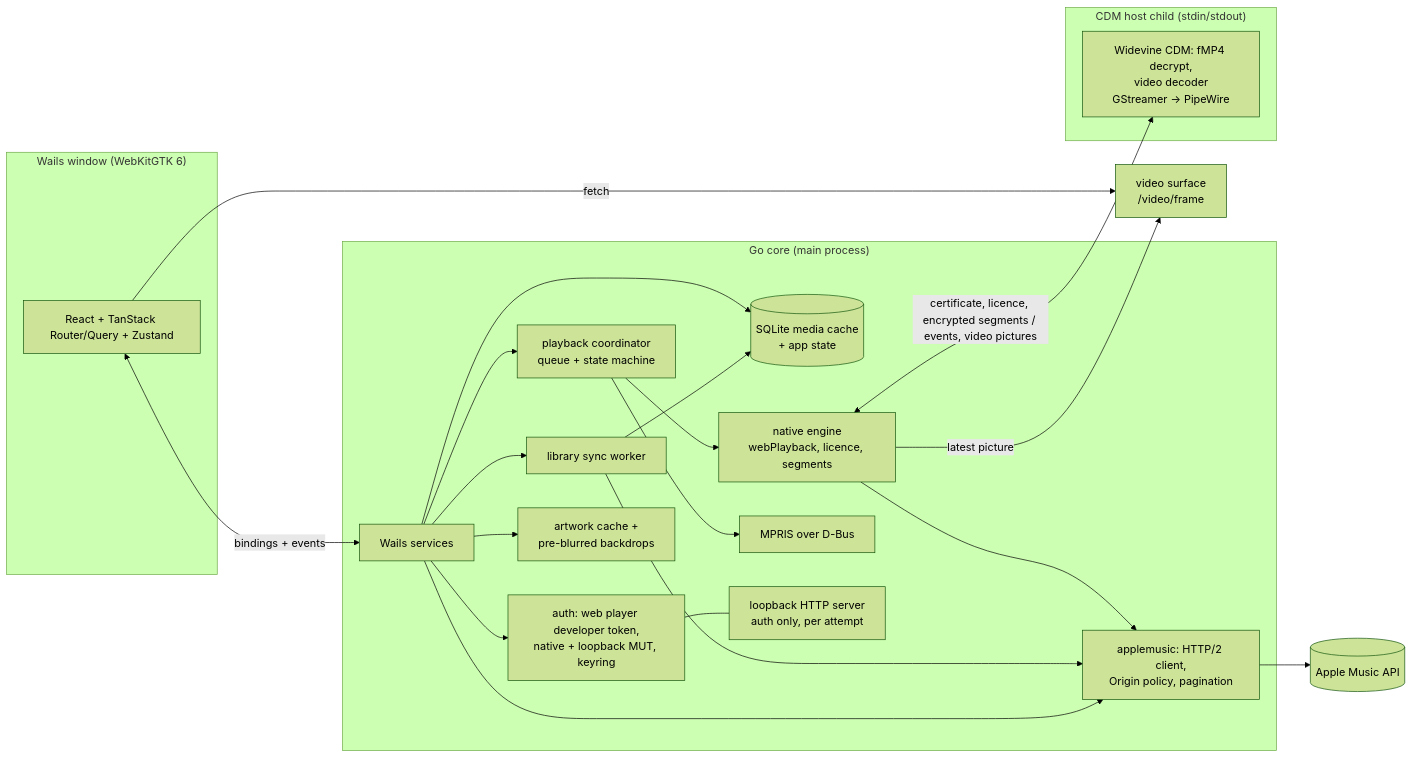
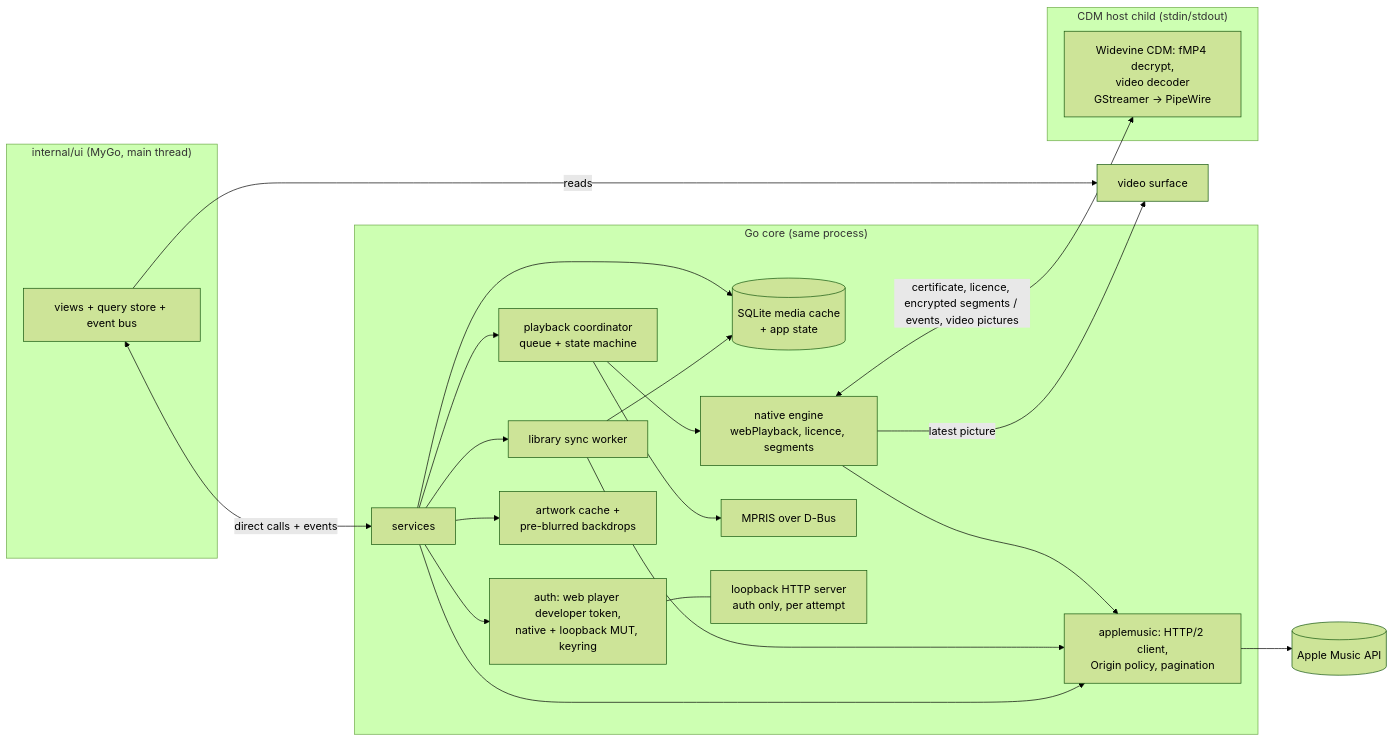
Before and after one commit to coredev-uk/sona-go: the first of 2 diagrams in docs/architecture.md, drawn with Mermaid (forest theme). The commit also changed other lines of this file and 788 other files, not shown here.

First line of the commit message:
refactor!: MyGo native UI replaces Wails and React

````diff
--- a/docs/architecture.md
+++ b/docs/architecture.md
@@ -37,33 +36,33 @@
 ```mermaid
 flowchart LR
-  subgraph UI["Wails window (WebKitGTK 6)"]
-    R[React + TanStack Router/Query + Zustand]
+  subgraph UI["internal/ui (MyGo, main thread)"]
+    R[views + query store + event bus]
   end
-  subgraph Go["Go core (main process)"]
-    S[Wails services]
+  subgraph Go["Go core (same process)"]
+    S[services]
     A[auth: web player developer token,<br/>native + loopback MUT, keyring]
     C[applemusic: HTTP/2 client,<br/>Origin policy, pagination]
     D[(SQLite media cache<br/>+ app state)]
     W[library sync worker]
     P[playback coordinator<br/>queue + state machine]
     N[native engine<br/>webPlayback, licence, segments]
     M[MPRIS over D-Bus]
     I[artwork cache +<br/>pre-blurred backdrops]
     L[loopback HTTP server<br/>auth only, per attempt]
   end
   subgraph E["CDM host child (stdin/stdout)"]
     K[Widevine CDM: fMP4 decrypt,<br/>video decoder<br/>GStreamer → PipeWire]
   end
-  R <-- bindings + events --> S
+  R <-- direct calls + events --> S
   S --> A & C & W & P & I
   W --> C --> Apple[(Apple Music API)]
   W --> D
   S --> D
   P --> N
   N --> C
   N <-- certificate, licence, encrypted segments / events, video pictures --> K
-  N -- latest picture --> V[video surface<br/>/video/frame]
-  R -- fetch --> V
+  N -- latest picture --> V[video surface]
+  R -- reads --> V
   P --> M
   A --- L
 ```
````
